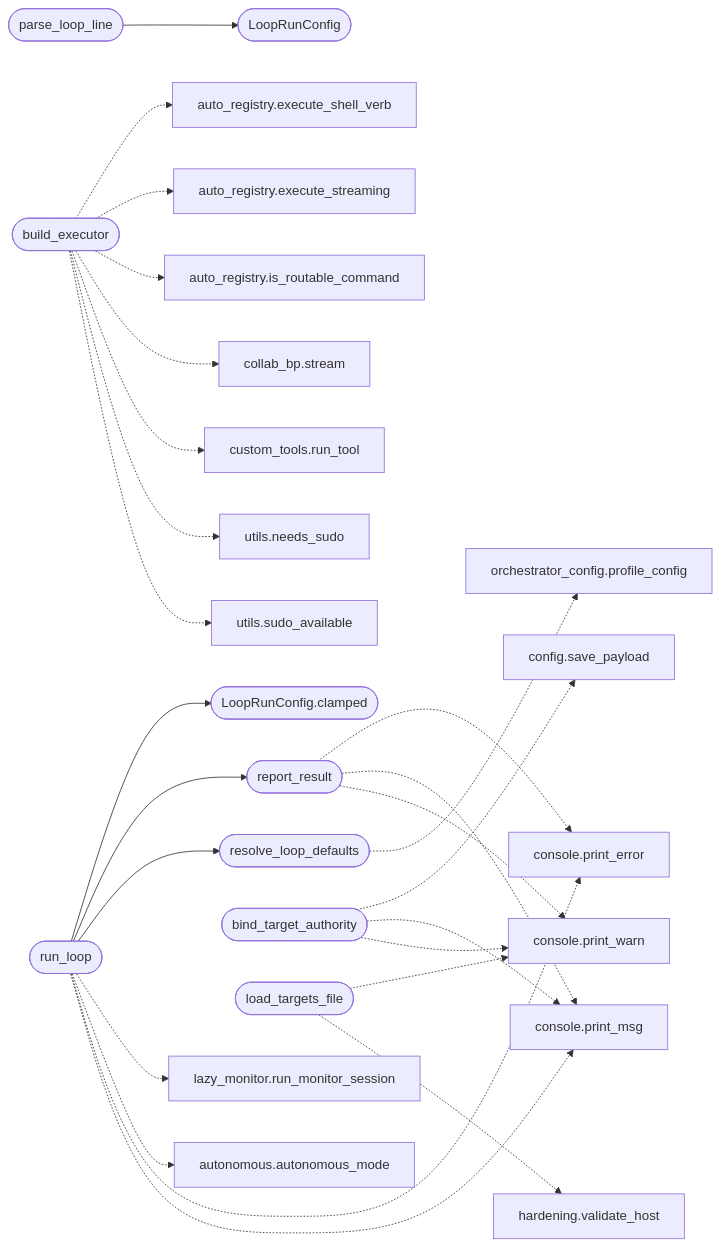
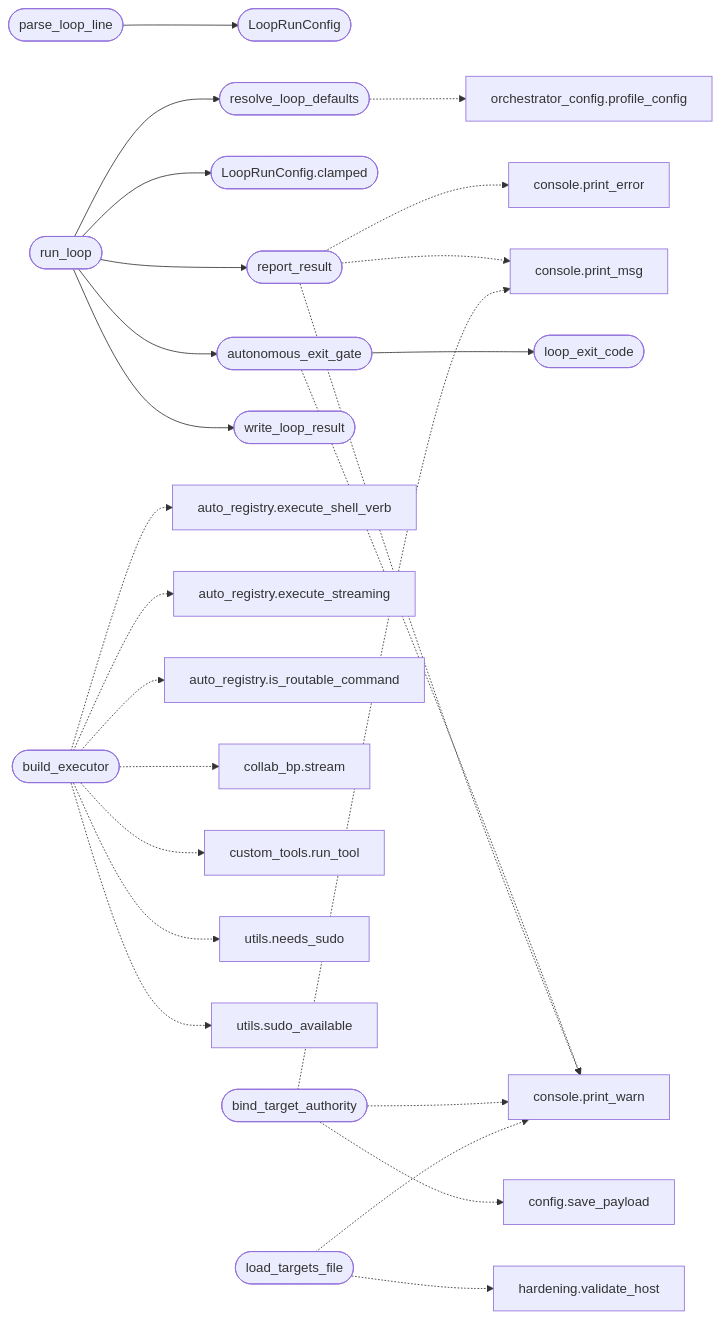
One commit to grisuno/LazyOwn changed the diagram in readmenator-apidocs/modules/modules.lazy_runner.py.md. Above: the diagram before and after it, drawn with Mermaid. The commit also changed other lines of this file and 508 other files, not shown here.

````diff
--- a/readmenator-apidocs/modules/modules.lazy_runner.py.md
+++ b/readmenator-apidocs/modules/modules.lazy_runner.py.md
@@ -24,51 +24,52 @@
 ```mermaid
 flowchart LR
     n_modules_lazy_runner_py__parse_loop_line(["parse_loop_line"])
     n_modules_lazy_runner_py__LoopRunConfig(["LoopRunConfig"])
+    n_modules_lazy_runner_py__autonomous_exit_gate(["autonomous_exit_gate"])
+    n_modules_lazy_runner_py__loop_exit_code(["loop_exit_code"])
     n_modules_lazy_runner_py__run_loop(["run_loop"])
     n_modules_lazy_runner_py__LoopRunConfig_clamped(["LoopRunConfig.clamped"])
     n_modules_lazy_runner_py__report_result(["report_result"])
     n_modules_lazy_runner_py__resolve_loop_defaults(["resolve_loop_defaults"])
+    n_modules_lazy_runner_py__write_loop_result(["write_loop_result"])
     n_modules_orchestrator_config_py__profile_config["orchestrator_config.profile_config"]
     n_modules_lazy_runner_py__build_executor(["build_executor"])
     n_modules_auto_registry_py__execute_shell_verb["auto_registry.execute_shell_verb"]
     n_modules_auto_registry_py__execute_streaming["auto_registry.execute_streaming"]
     n_modules_auto_registry_py__is_routable_command["auto_registry.is_routable_command"]
     n_modules_collab_bp_py__stream["collab_bp.stream"]
     n_modules_custom_tools_py__run_tool["custom_tools.run_tool"]
     n_utils_py__needs_sudo["utils.needs_sudo"]
     n_utils_py__sudo_available["utils.sudo_available"]
+    n_core_console_py__print_warn["console.print_warn"]
     n_core_console_py__print_error["console.print_error"]
     n_core_console_py__print_msg["console.print_msg"]
-    n_core_console_py__print_warn["console.print_warn"]
     n_modules_lazy_runner_py__bind_target_authority(["bind_target_authority"])
     n_core_config_py__save_payload["config.save_payload"]
     n_modules_lazy_runner_py__load_targets_file(["load_targets_file"])
     n_core_hardening_py__validate_host["hardening.validate_host"]
-    n_cli_lazy_monitor_py__run_monitor_session["lazy_monitor.run_monitor_session"]
-    n_core_autonomous_py__autonomous_mode["autonomous.autonomous_mode"]
     n_modules_lazy_runner_py__parse_loop_line --> n_modules_lazy_runner_py__LoopRunConfig
+    n_modules_lazy_runner_py__autonomous_exit_gate --> n_modules_lazy_runner_py__loop_exit_code
     n_modules_lazy_runner_py__run_loop --> n_modules_lazy_runner_py__LoopRunConfig_clamped
+    n_modules_lazy_runner_py__run_loop --> n_modules_lazy_runner_py__autonomous_exit_gate
     n_modules_lazy_runner_py__run_loop --> n_modules_lazy_runner_py__report_result
     n_modules_lazy_runner_py__run_loop --> n_modules_lazy_runner_py__resolve_loop_defaults
+    n_modules_lazy_runner_py__run_loop --> n_modules_lazy_runner_py__write_loop_result
     n_modules_lazy_runner_py__resolve_loop_defaults -.-> n_modules_orchestrator_config_py__profile_config
     n_modules_lazy_runner_py__build_executor -.-> n_modules_auto_registry_py__execute_shell_verb
     n_modules_lazy_runner_py__build_executor -.-> n_modules_auto_registry_py__execute_streaming
     n_modules_lazy_runner_py__build_executor -.-> n_modules_auto_registry_py__is_routable_command
     n_modules_lazy_runner_py__build_executor -.-> n_modules_collab_bp_py__stream
     n_modules_lazy_runner_py__build_executor -.-> n_modules_custom_tools_py__run_tool
     n_modules_lazy_runner_py__build_executor -.-> n_utils_py__needs_sudo
     n_modules_lazy_runner_py__build_executor -.-> n_utils_py__sudo_available
+    n_modules_lazy_runner_py__autonomous_exit_gate -.-> n_core_console_py__print_warn
     n_modules_lazy_runner_py__report_result -.-> n_core_console_py__print_error
     n_modules_lazy_runner_py__report_result -.-> n_core_console_py__print_msg
     n_modules_lazy_runner_py__report_result -.-> n_core_console_py__print_warn
     n_modules_lazy_runner_py__bind_target_authority -.-> n_core_config_py__save_payload
     n_modules_lazy_runner_py__bind_target_authority -.-> n_core_console_py__print_msg
     n_modules_lazy_runner_py__bind_target_authority -.-> n_core_console_py__print_warn
     n_modules_lazy_runner_py__load_targets_file -.-> n_core_console_py__print_warn
     n_modules_lazy_runner_py__load_targets_file -.-> n_core_hardening_py__validate_host
-    n_modules_lazy_runner_py__run_loop -.-> n_cli_lazy_monitor_py__run_monitor_session
-    n_modules_lazy_runner_py__run_loop -.-> n_core_autonomous_py__autonomous_mode
-    n_modules_lazy_runner_py__run_loop -.-> n_core_console_py__print_error
-    n_modules_lazy_runner_py__run_loop -.-> n_core_console_py__print_msg
 ```
````
